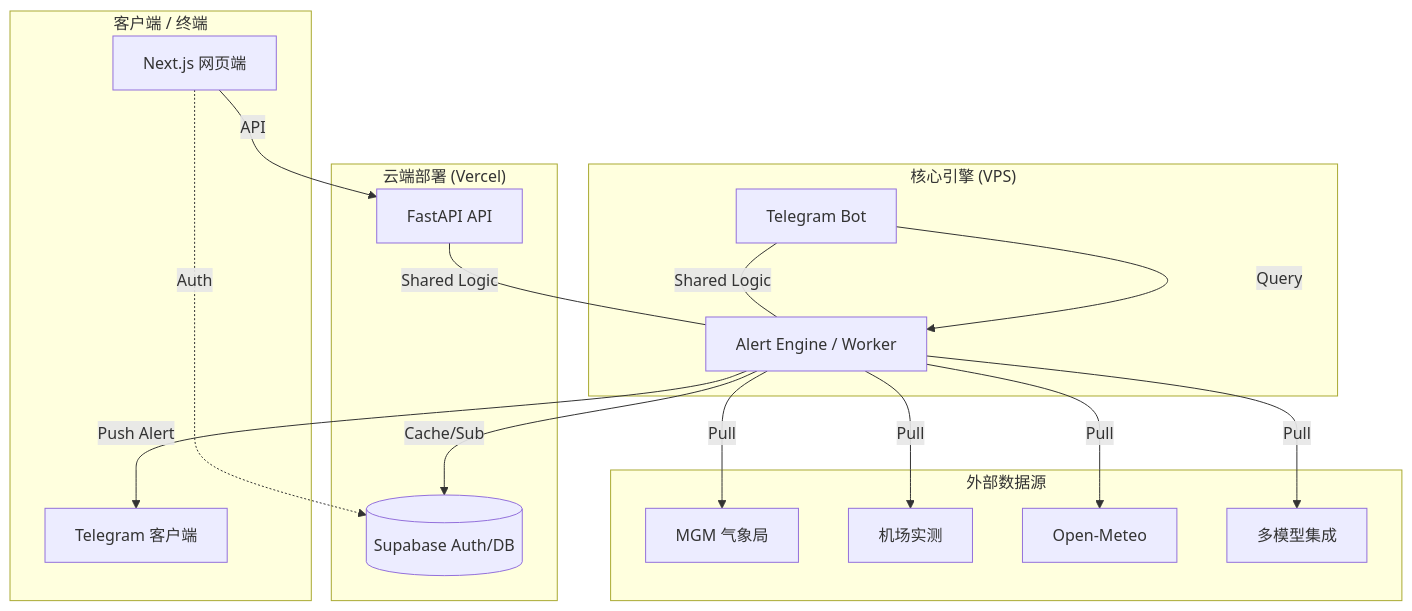
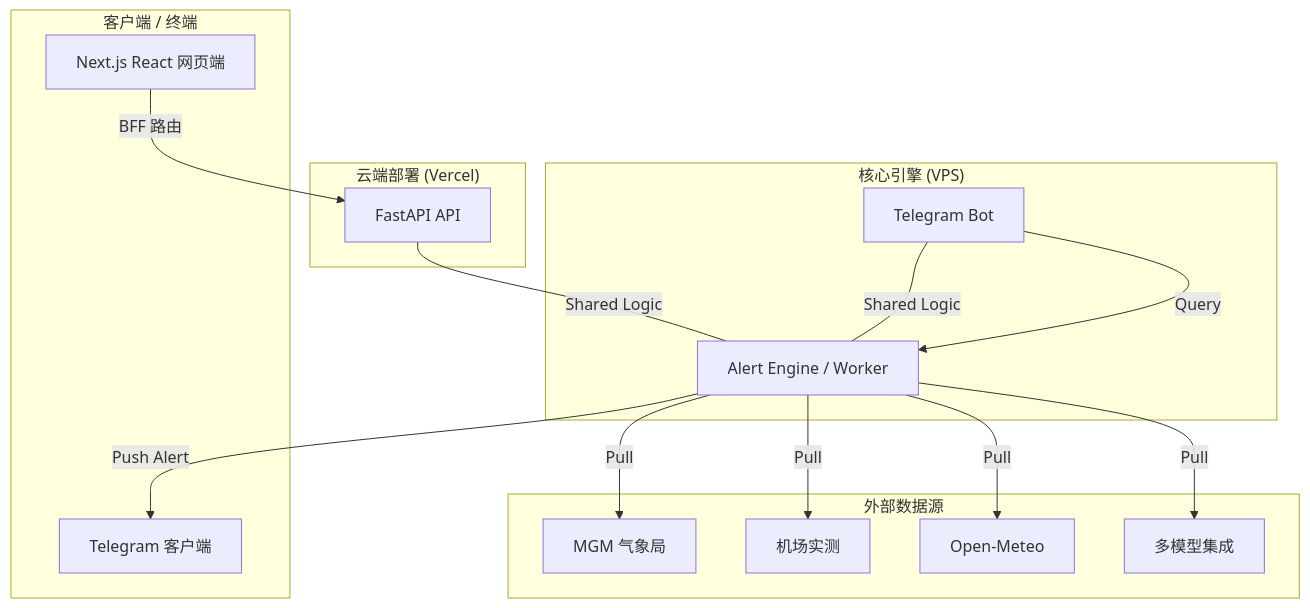
One commit to ivanmladek/PolyWeather changed the diagram in README_ZH.md. Above: the diagram before and after it, drawn with Mermaid. The commit also changed other lines of this file and 5 other files, not shown here.

Commit message:
feat: fully migrate frontend to a React component-driven architecture and expand project documentation.

````diff
--- a/README_ZH.md
+++ b/README_ZH.md
@@ -89,28 +91,26 @@
 ```mermaid
 graph TD
     subgraph "客户端 / 终端"
-        Web[Next.js 网页端]
+        Web[Next.js React 网页端]
         TG[Telegram 客户端]
     end
 
     subgraph "云端部署 (Vercel)"
-        Web -.-> |Auth| Supa[(Supabase Auth/DB)]
-        Web --> |API| Fast[FastAPI API]
+        Web --> |BFF 路由| Fast[FastAPI API]
     end
 
     subgraph "核心引擎 (VPS)"
         Fast --- |Shared Logic| Worker[Alert Engine / Worker]
         Bot[Telegram Bot] --- |Shared Logic| Worker
-        Worker --> |Cache/Sub| Supa
     end
 
     subgraph "外部数据源"
         Worker --> |Pull| MGM[MGM 气象局]
         Worker --> |Pull| METAR[机场实测]
         Worker --> |Pull| OM[Open-Meteo]
         Worker --> |Pull| MM[多模型集成]
     end
 
     Worker --> |Push Alert| TG
     Bot --> |Query| Worker
 ```
````
